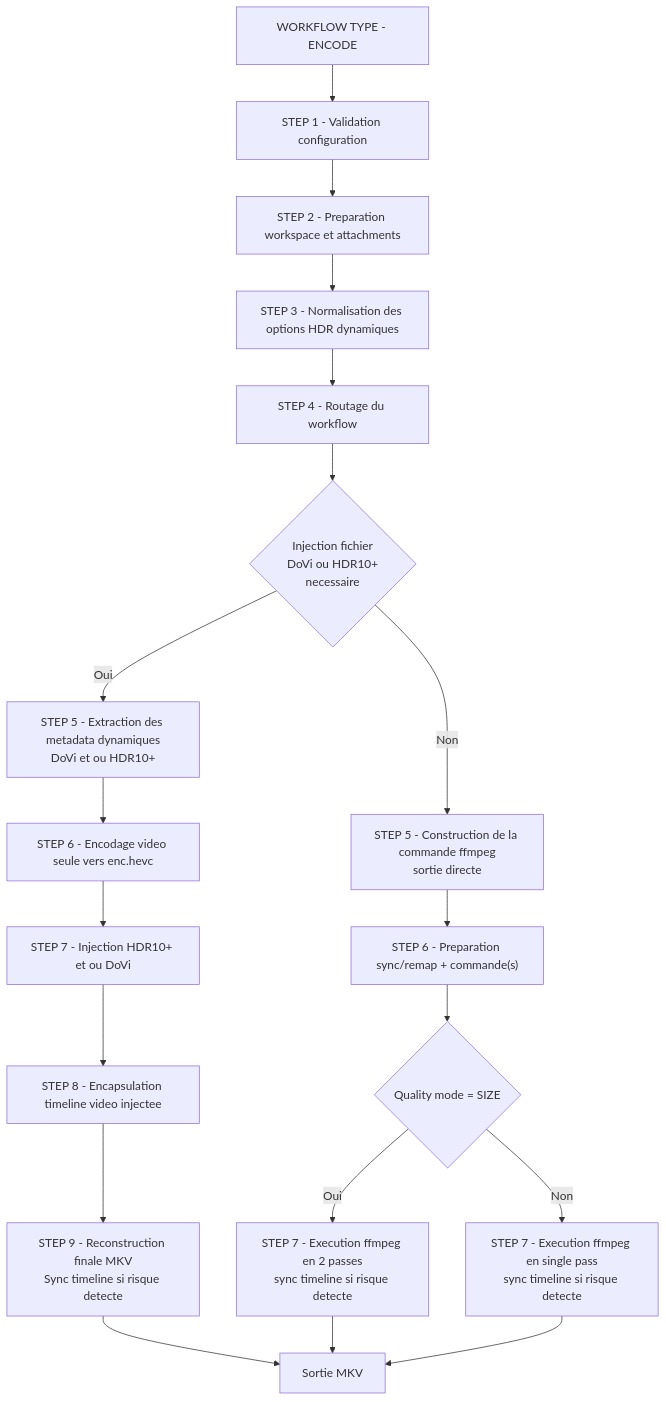
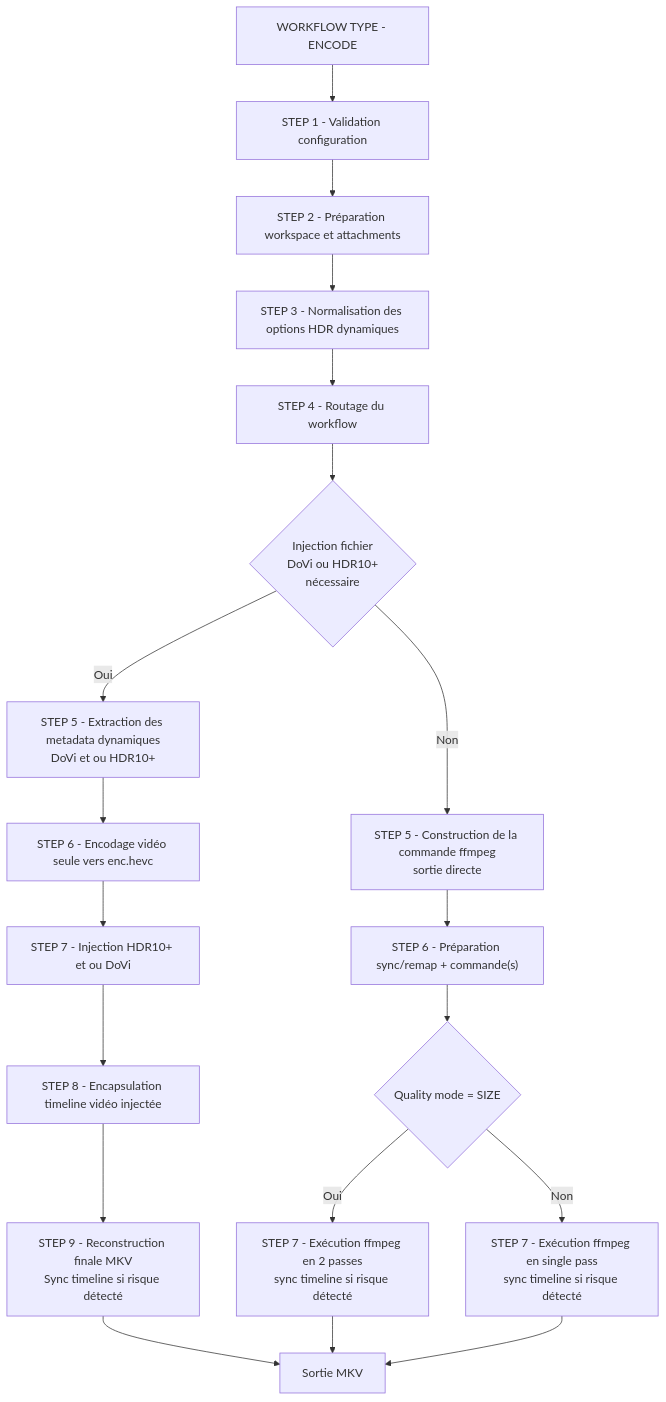
Before and after one commit to Hydro74000/muxiveo: the third of 5 diagrams in README.md, drawn with Mermaid. The commit also changed other lines of this file and 23 other files, not shown here.

````diff
--- a/README.md
+++ b/README.md
@@ -667,24 +710,24 @@
 ```mermaid
 flowchart TD
     A["WORKFLOW TYPE - ENCODE"] --> B["STEP 1 - Validation configuration"]
-    B --> C["STEP 2 - Preparation workspace et attachments"]
+    B --> C["STEP 2 - Préparation workspace et attachments"]
     C --> D["STEP 3 - Normalisation des options HDR dynamiques"]
     D --> E["STEP 4 - Routage du workflow"]
-    E --> F{"Injection fichier<br/>DoVi ou HDR10+<br/>necessaire"}
+    E --> F{"Injection fichier<br/>DoVi ou HDR10+<br/>nécessaire"}
 
     F -->|Oui| K["STEP 5 - Extraction des metadata dynamiques<br/>DoVi et ou HDR10+"]
-    K --> L["STEP 6 - Encodage video seule vers enc.hevc"]
+    K --> L["STEP 6 - Encodage vidéo seule vers enc.hevc"]
     L --> M["STEP 7 - Injection HDR10+ et ou DoVi"]
-    M --> N["STEP 8 - Encapsulation timeline video injectee"]
-    N --> O["STEP 9 - Reconstruction finale MKV<br/>Sync timeline si risque detecte"]
+    M --> N["STEP 8 - Encapsulation timeline vidéo injectée"]
+    N --> O["STEP 9 - Reconstruction finale MKV<br/>Sync timeline si risque détecté"]
 
     F -->|Non| G["STEP 5 - Construction de la commande ffmpeg<br/>sortie directe"]
-    G --> H["STEP 6 - Preparation sync/remap + commande(s)"]
+    G --> H["STEP 6 - Préparation sync/remap + commande(s)"]
     H --> P{"Quality mode = SIZE"}
-    P -->|Oui| Q["STEP 7 - Execution ffmpeg en 2 passes<br/>sync timeline si risque detecte"]
-    P -->|Non| R["STEP 7 - Execution ffmpeg en single pass<br/>sync timeline si risque detecte"]
+    P -->|Oui| Q["STEP 7 - Exécution ffmpeg en 2 passes<br/>sync timeline si risque détecté"]
+    P -->|Non| R["STEP 7 - Exécution ffmpeg en single pass<br/>sync timeline si risque détecté"]
 
     O --> Z["Sortie MKV"]
     Q --> Z
     R --> Z
 ```
````
